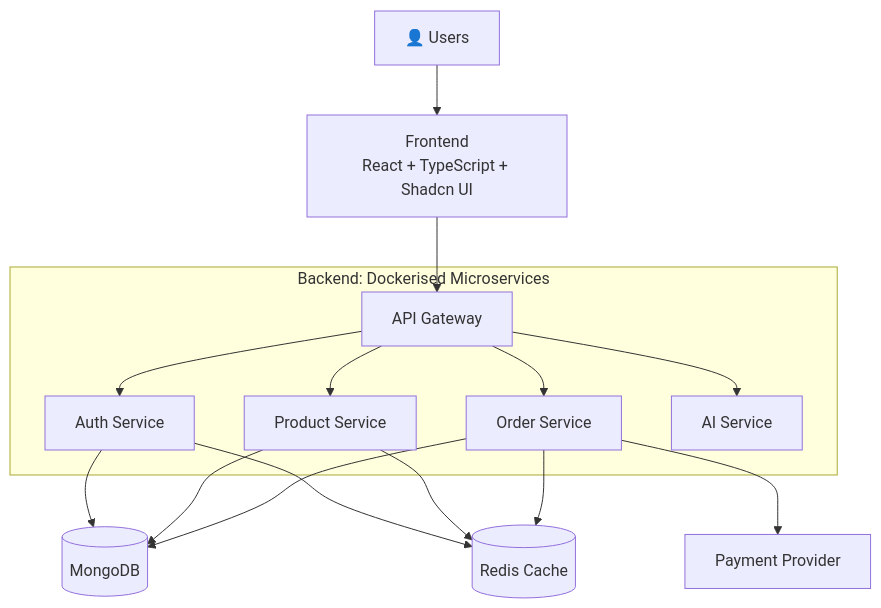
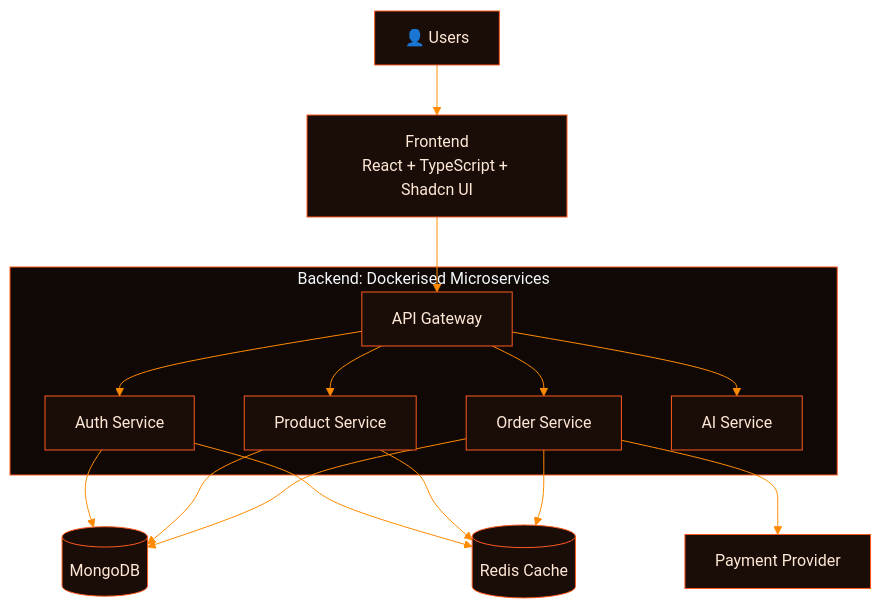
Before and after one commit to Manishburnwal/selloraAI: the diagram in README.md, drawn with Mermaid. The commit also changed other lines of this file and 2 other files, not shown here.

````diff
--- a/README.md
+++ b/README.md
@@ -76,28 +86,29 @@
 ```mermaid
+%%{init: {'theme':'base','themeVariables':{'primaryColor':'#1a0d08','primaryTextColor':'#ffe8d6','primaryBorderColor':'#ff5a1f','lineColor':'#ff8a00','secondaryColor':'#2a1710','tertiaryColor':'#0a0604','clusterBkg':'#0f0805','clusterBorder':'#ff5a1f'}}}%%
 flowchart TB
     U["👤 Users"] --> F["Frontend<br/>React + TypeScript + Shadcn UI"]
     F --> G["API Gateway"]
 
     G --> A["Auth Service"]
     G --> P["Product Service"]
     G --> O["Order Service"]
     G --> AI["AI Service"]
 
     A --> M[("MongoDB")]
     P --> M
     O --> M
 
     A --> R[("Redis Cache")]
     P --> R
     O --> R
 
     O --> PG["Payment Provider"]
 
     subgraph Backend["Backend: Dockerised Microservices"]
         G
         A
         P
         O
         AI
     end
 ```
````
